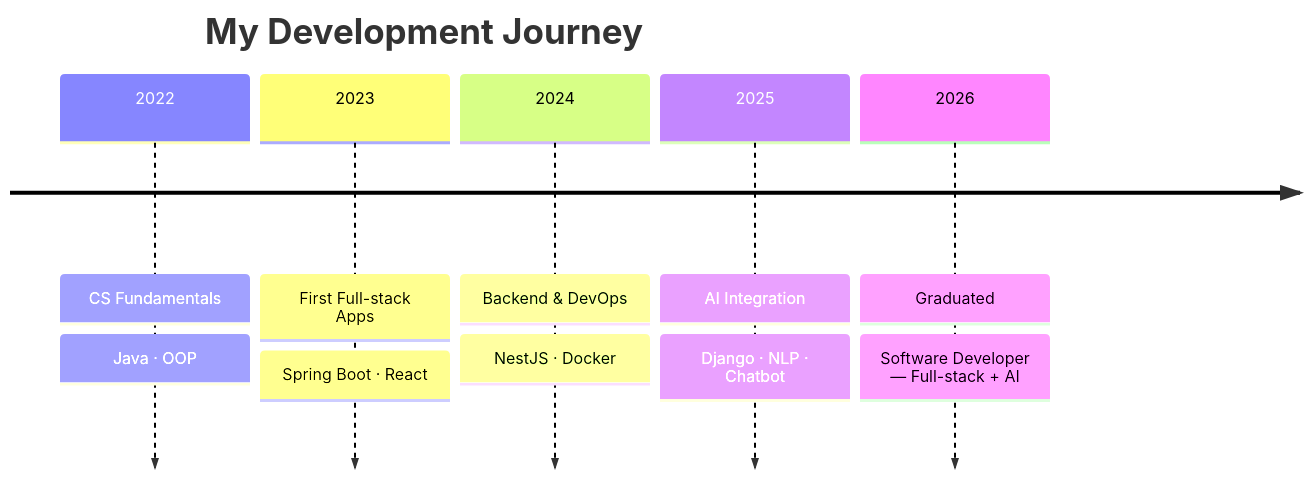
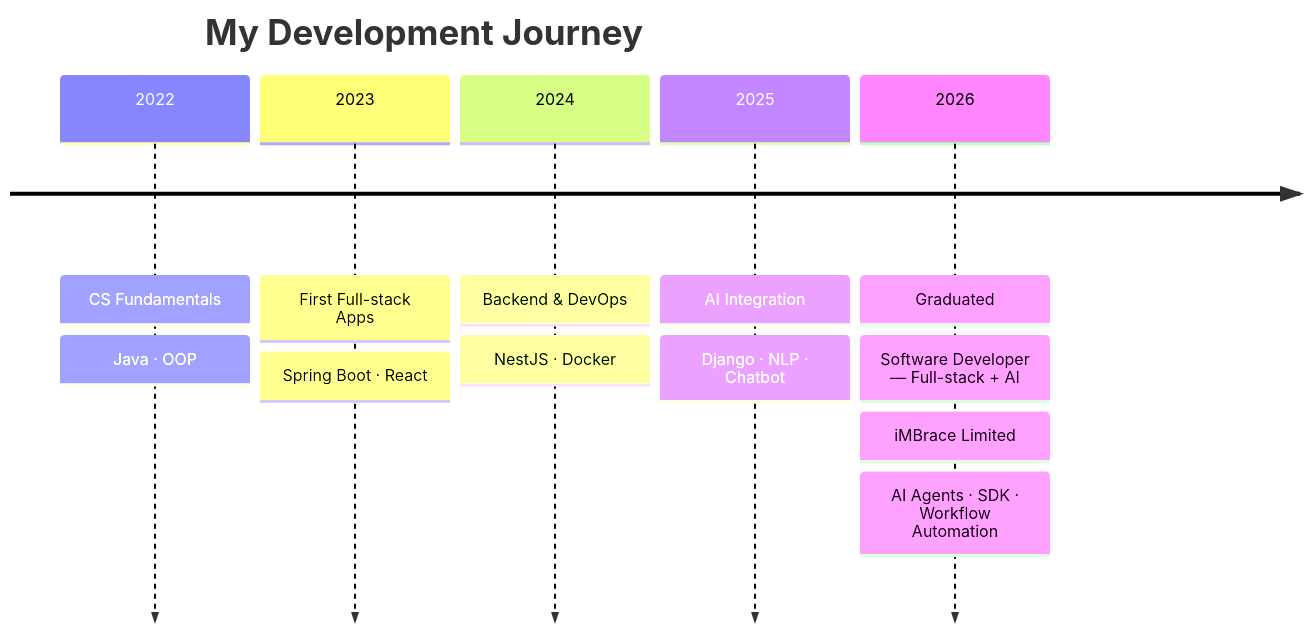
Before and after one commit to hoangtuanphong1a/hoangtuanphong1a: the first of 2 diagrams in README.md, drawn with Mermaid. The commit also changed other lines of this file, not shown here.

````diff
--- a/README.md
+++ b/README.md
@@ -168,9 +168,10 @@
 ```mermaid
 timeline
     title My Development Journey
     2022 : CS Fundamentals : Java · OOP
     2023 : First Full-stack Apps : Spring Boot · React
     2024 : Backend & DevOps : NestJS · Docker
     2025 : AI Integration : Django · NLP · Chatbot
     2026 : Graduated : Software Developer — Full-stack + AI
+         : iMBrace Limited : AI Agents · SDK · Workflow Automation
 ```
````
